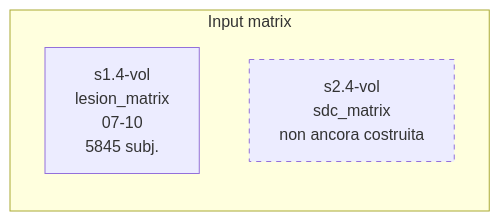
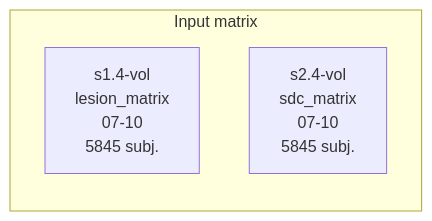
Before and after one commit to EmmaTosato/NEMESIS_fs: the second of 2 diagrams in docs/experiments/data_employing.md, drawn with Mermaid. The commit also changed 2 other files, not shown here.

Commit message:
Record the s2.4-vol SDC build and copy lesion location columns into enrich_metadata
- config/pipelines/enrich_metadata.json: copy_columns now includes the eight
  location_* columns from lesion_metadata.csv alongside lesion_volume_voxels;
  overwrite reset to false (the location columns are new, not yet safe to
  blindly re-copy over hand-reviewed cells)
- docs/experiments/data_employing.md, data_sessions.md: s2.4-vol (SDC voxelwise,
  built 07-10) is no longer pending - 5845 subjects, 291345 non-constant columns,
  voxel-aligned to s1.4-vol via subject_id (not row position: the two matrices
  sort subjects differently)

````diff
--- a/docs/experiments/data_employing.md
+++ b/docs/experiments/data_employing.md
@@ -83,9 +83,9 @@
 ```mermaid
 flowchart LR
     classDef pending stroke-dasharray: 5 5
 
     subgraph COL0["Input matrix"]
         R14["s1.4-vol<br/>lesion_matrix<br/>07-10<br/>5845 subj."]
-        R24["s2.4-vol<br/>sdc_matrix<br/>non ancora costruita"]:::pending
+        R24["s2.4-vol<br/>sdc_matrix<br/>07-10<br/>5845 subj."]
     end
 ```
````
